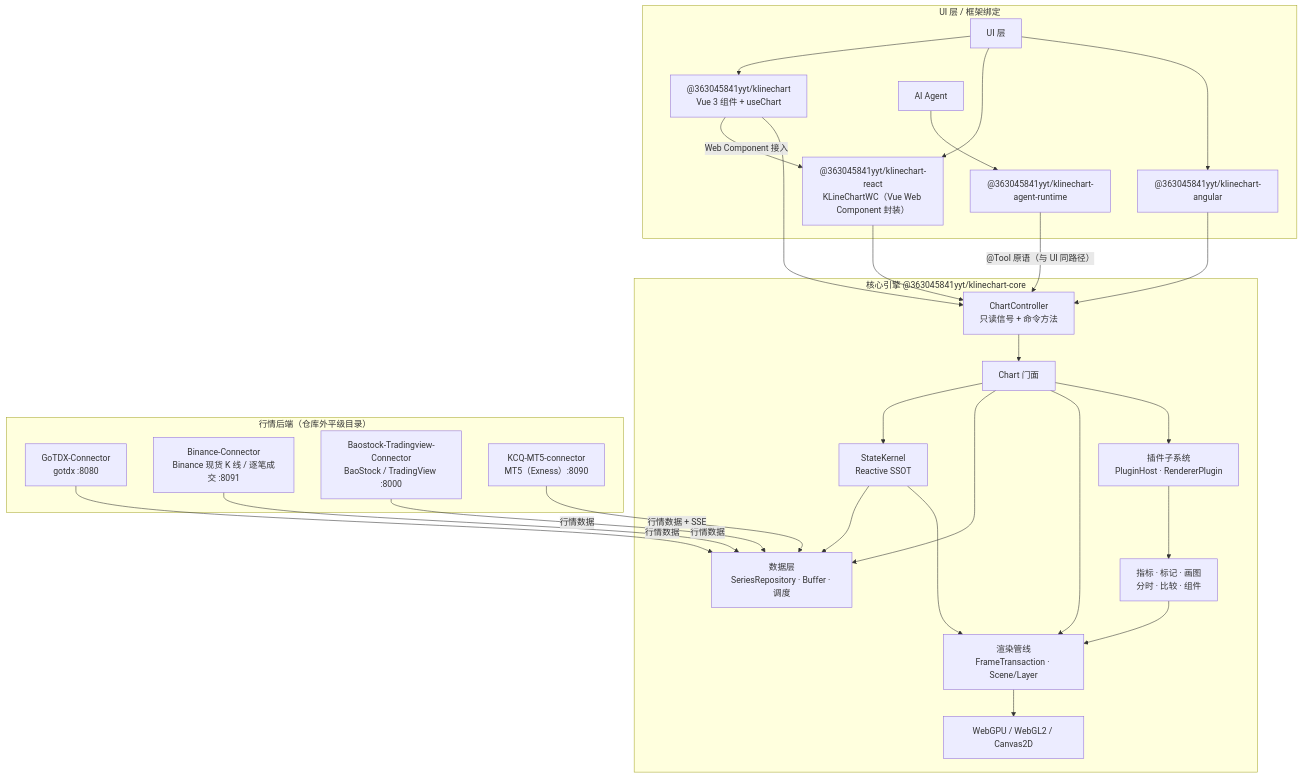
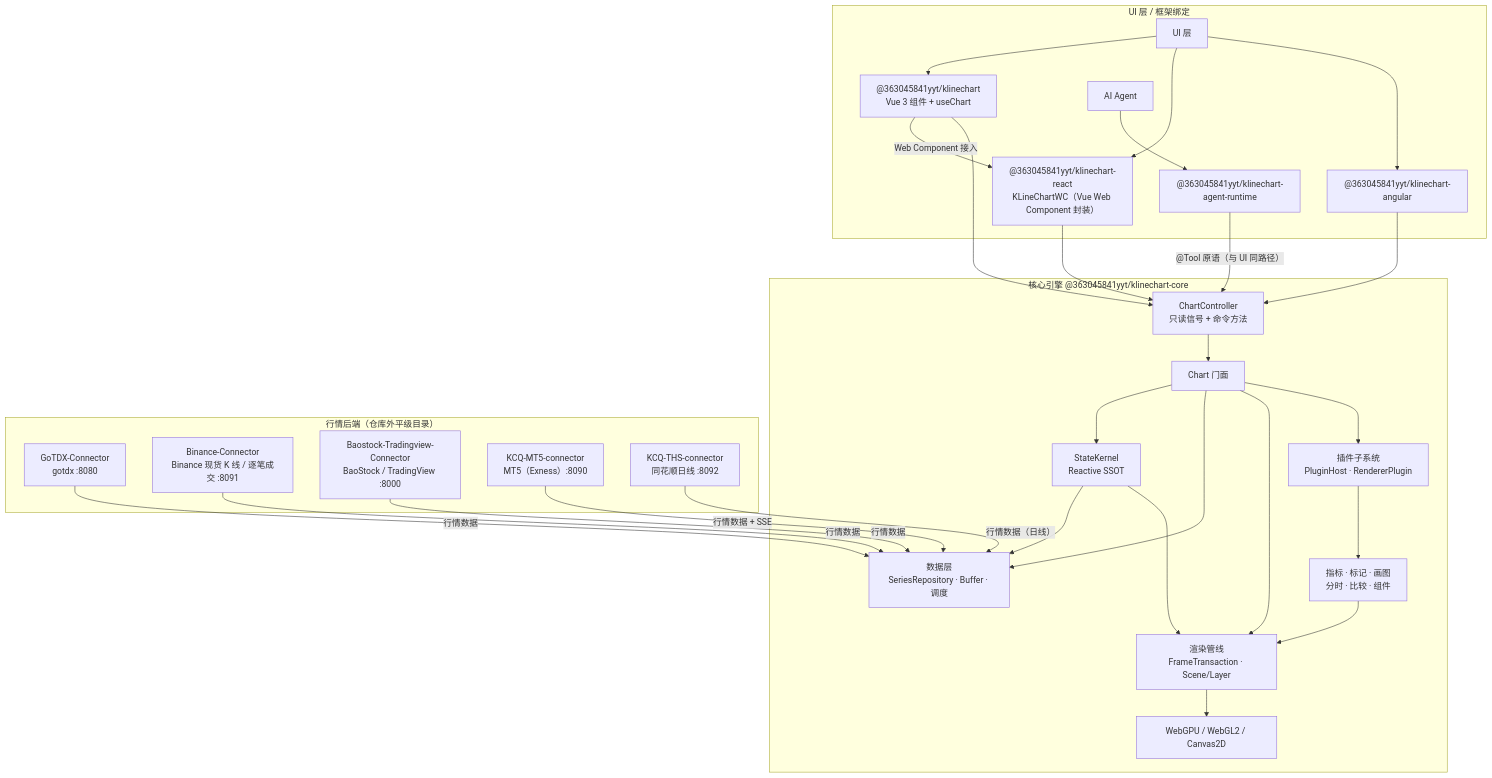
Before and after one commit to 363045841/KLineChartQuant: the diagram in docs/architecture/architecture.md, drawn with Mermaid. The commit also changed other lines of this file and 20 other files, not shown here.

First line of the commit message:
feat(ths): add 同花顺(THS) daily-bar market data source (#312)

````diff
--- a/docs/architecture/architecture.md
+++ b/docs/architecture/architecture.md
@@ -20,53 +20,55 @@
 ```mermaid
 flowchart TB
     subgraph app["UI 层 / 框架绑定"]
         UI["UI 层"]
         VuePkg["@363045841yyt/klinechart<br/>Vue 3 组件 + useChart"]
         ReactPkg["@363045841yyt/klinechart-react<br/>KLineChartWC（Vue Web Component 封装）"]
         AngularPkg["@363045841yyt/klinechart-angular"]
         Agent["AI Agent"]
         AgentRt["@363045841yyt/klinechart-agent-runtime"]
     end
 
     subgraph core["核心引擎 @363045841yyt/klinechart-core"]
         Ctl["ChartController<br/>只读信号 + 命令方法"]
         Chart["Chart 门面"]
         Kernel["StateKernel<br/>Reactive SSOT"]
         Data["数据层<br/>SeriesRepository · Buffer · 调度"]
         Pipe["渲染管线<br/>FrameTransaction · Scene/Layer"]
         GPU["WebGPU / WebGL2 / Canvas2D"]
         Plugin["插件子系统<br/>PluginHost · RendererPlugin"]
         Biz["指标 · 标记 · 画图<br/>分时 · 比较 · 组件"]
     end
 
     subgraph conn["行情后端（仓库外平级目录）"]
         Go["GoTDX-Connector<br/>gotdx :8080"]
         Bn["Binance-Connector<br/>Binance 现货 K 线 / 逐笔成交 :8091"]
         Bs["Baostock-Tradingview-Connector<br/>BaoStock / TradingView :8000"]
         Mt["KCQ-MT5-connector<br/>MT5（Exness）:8090"]
+        Th["KCQ-THS-connector<br/>同花顺日线 :8092"]
     end
 
     UI --> VuePkg
     UI --> ReactPkg
     UI --> AngularPkg
     VuePkg -->|"Web Component 接入"| ReactPkg
     Agent --> AgentRt
     VuePkg --> Ctl
     ReactPkg --> Ctl
     AngularPkg --> Ctl
     AgentRt -->|"@Tool 原语（与 UI 同路径）"| Ctl
     Ctl --> Chart
     Chart --> Kernel
     Chart --> Data
     Chart --> Pipe
     Chart --> Plugin
     Plugin --> Biz
     Biz --> Pipe
     Pipe --> GPU
     Go -->|行情数据| Data
     Bn -->|行情数据| Data
     Bs -->|行情数据| Data
     Mt -->|"行情数据 + SSE"| Data
+    Th -->|"行情数据（日线）"| Data
     Kernel --> Data
     Kernel --> Pipe
 ```
````
